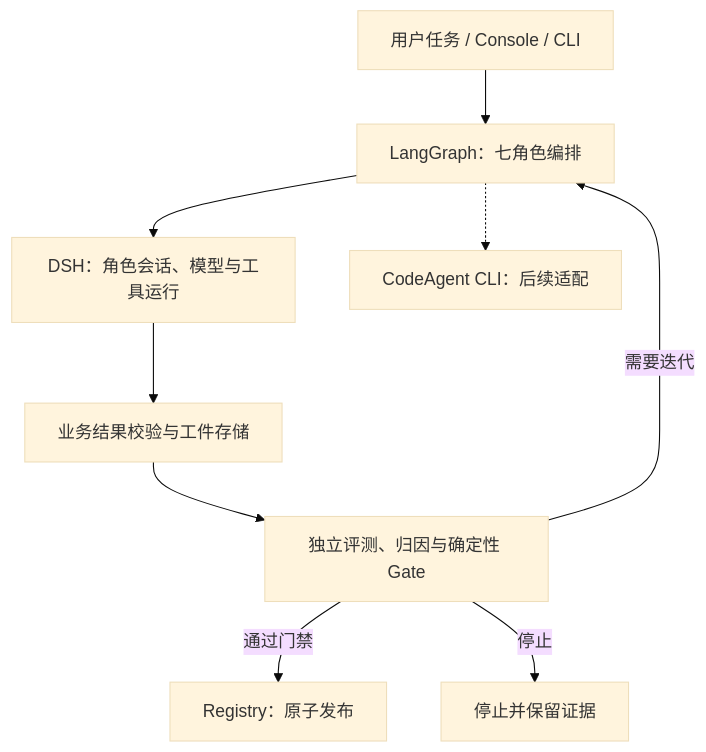
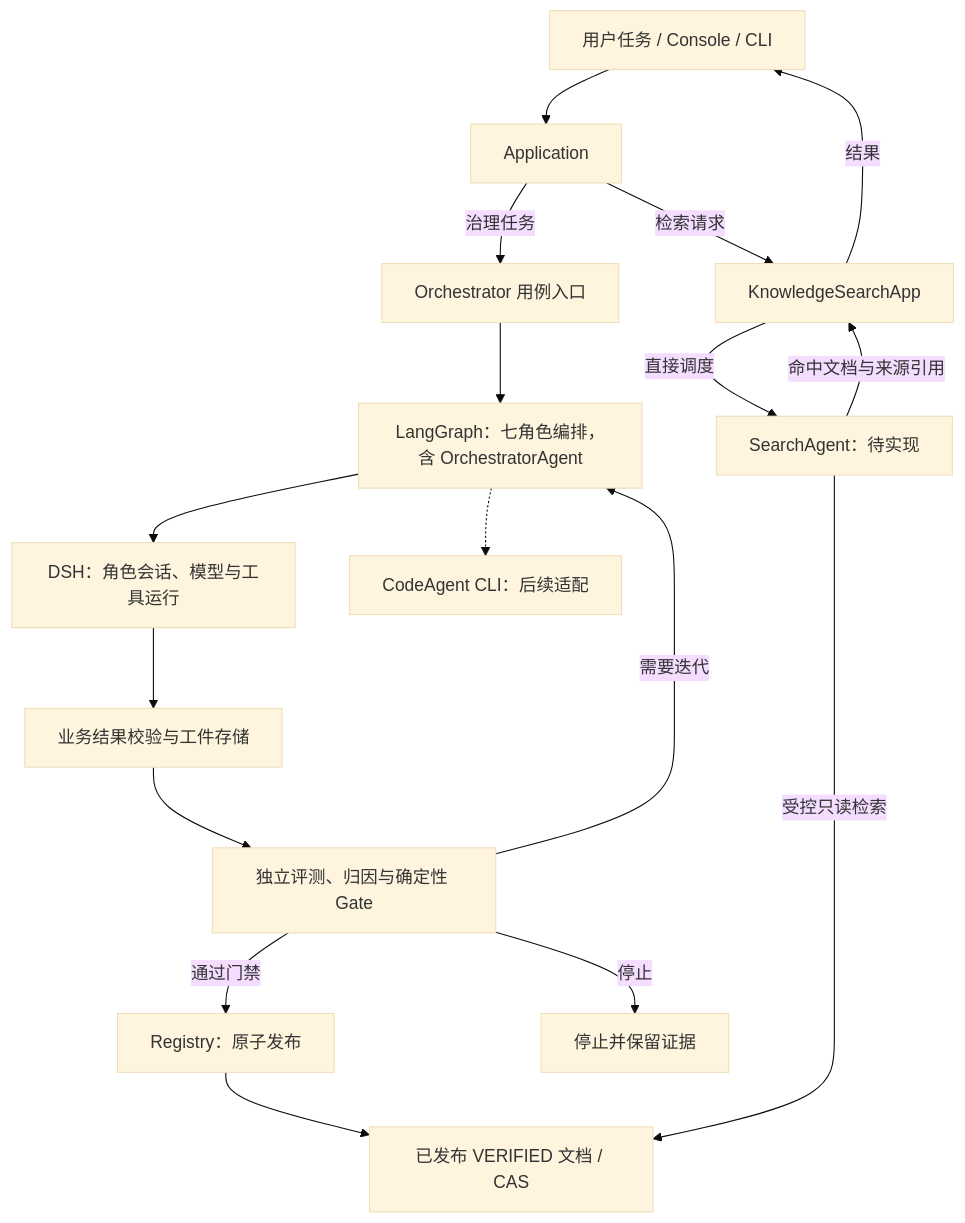
Before and after one commit to linlisWorkTeam/domain-knowledge: the first of 2 diagrams in docs/diagrams/system-overview.md, drawn with Mermaid (base theme). The commit also changed other lines of this file and 19 other files, not shown here.

Commit message:
docs: define application-dispatched SearchAgent and retrieval flow

````diff
--- a/docs/diagrams/system-overview.md
+++ b/docs/diagrams/system-overview.md
@@ -5,11 +5,19 @@
 ```mermaid
 flowchart TD
-    Input["用户任务 / Console / CLI"] --> Workflow["LangGraph：七角色编排"]
+    Input["用户任务 / Console / CLI"] --> App["Application"]
+    App -->|治理任务| Orchestrator["Orchestrator 用例入口"]
+    Orchestrator --> Workflow["LangGraph：七角色编排，含 OrchestratorAgent"]
+    App -->|检索请求| SearchApp["KnowledgeSearchApp"]
+    SearchApp -->|直接调度| Search["SearchAgent：待实现"]
+    Search -->|受控只读检索| Knowledge["已发布 VERIFIED 文档 / CAS"]
+    Search -->|命中文档与来源引用| SearchApp
+    SearchApp -->|结果| Input
     Workflow --> DSH["DSH：角色会话、模型与工具运行"]
     DSH --> Result["业务结果校验与工件存储"]
     Result --> Services["独立评测、归因与确定性 Gate"]
     Services -->|需要迭代| Workflow
     Services -->|通过门禁| Publish["Registry：原子发布"]
+    Publish --> Knowledge
     Services -->|停止| Stop["停止并保留证据"]
     Workflow -.-> Future["CodeAgent CLI：后续适配"]
 ```
````
